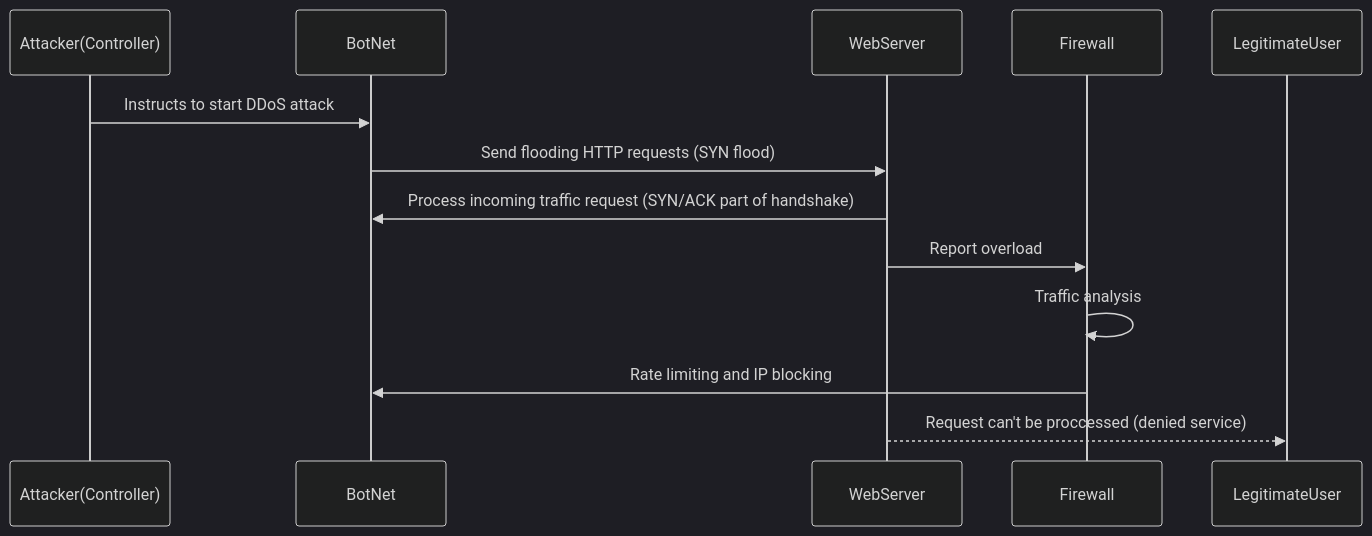
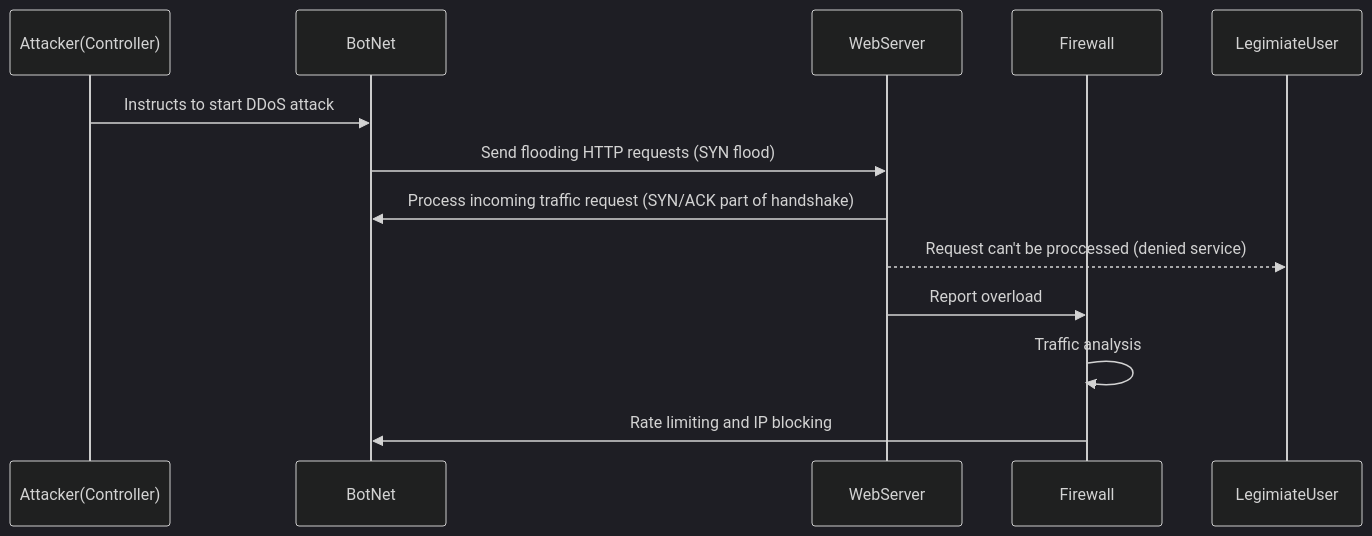
One commit to hculpepper/hculpepper changed the diagram in DDoS_Attack_Sequence.md. Above: the diagram before and after it, drawn with Mermaid (dark theme). The commit also changed other lines of this file, not shown here.

Commit message:
added steps and reordered diagram

````diff
--- a/DDoS_Attack_Sequence.md
+++ b/DDoS_Attack_Sequence.md
@@ -1,15 +1,15 @@
 ```mermaid
 sequenceDiagram
     participant Attacker(Controller)
     participant BotNet
     participant WebServer
     participant Firewall
 
     Attacker(Controller)->>BotNet: Instructs to start DDoS attack
     BotNet->>WebServer: Send flooding HTTP requests (SYN flood)
     WebServer->>BotNet: Process incoming traffic request (SYN/ACK part of handshake)
+    WebServer-->>LegimiateUser: Request can't be proccessed (denied service)
     WebServer->>Firewall: Report overload
     Firewall->>Firewall: Traffic analysis
     Firewall->>BotNet: Rate limiting and IP blocking
-    WebServer-->>LegitimateUser: Request can't be proccessed (denied service)
 ```
````
